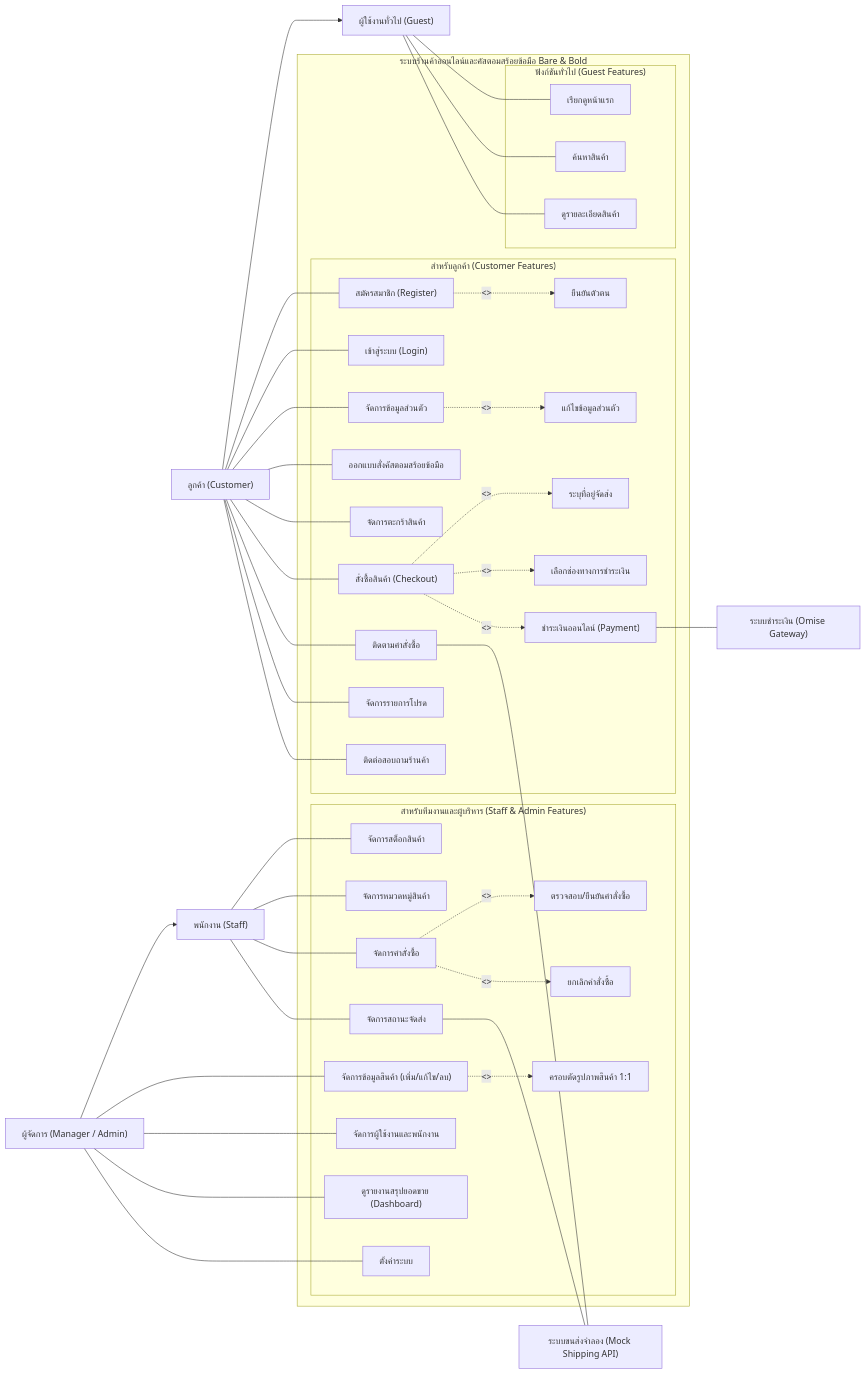
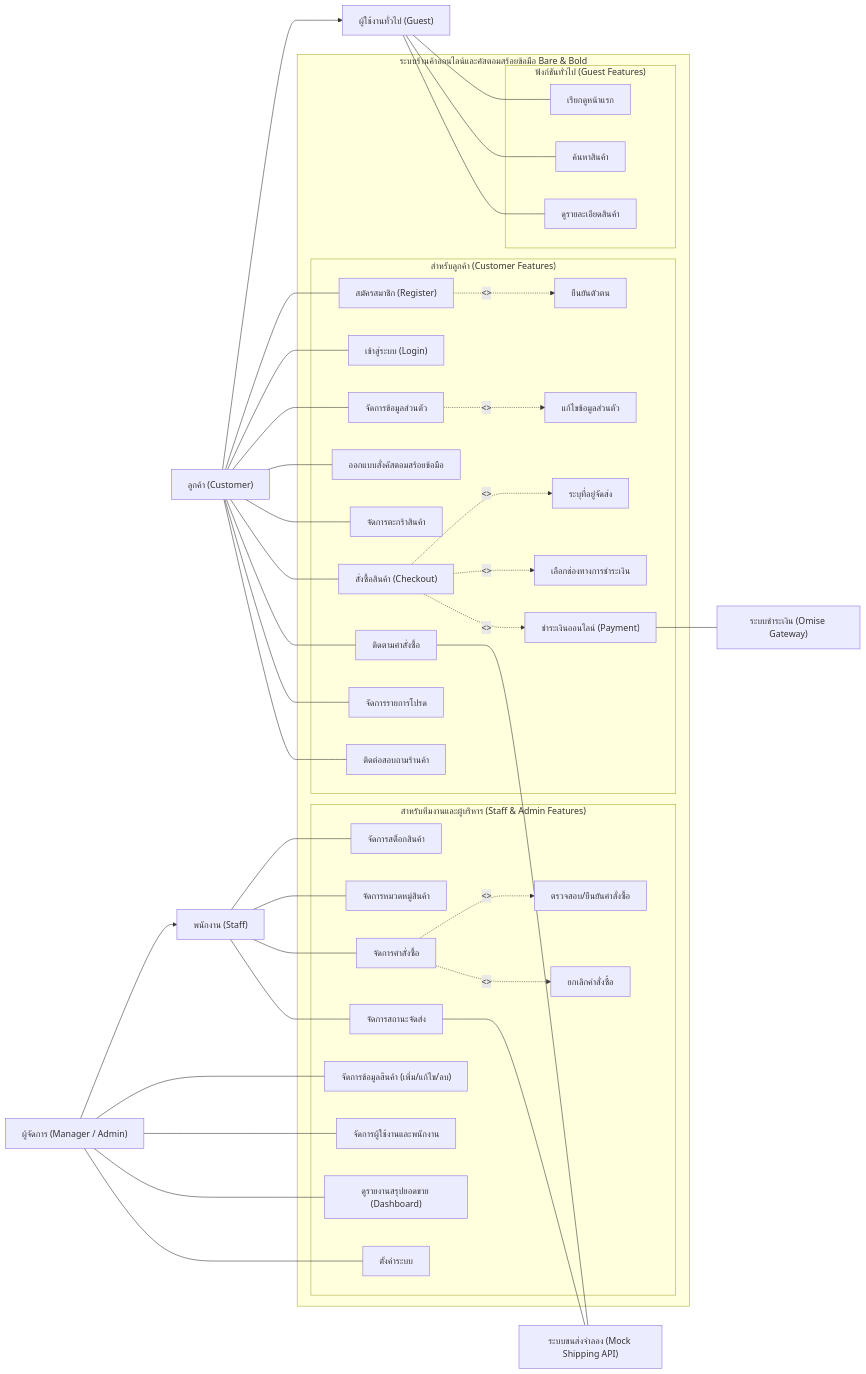
One commit to Hoyama1122/bareandbold_front changed the diagram in use_case_diagram.mmd. Above: the diagram before and after it, drawn with Mermaid. The commit also changed 1 other file, not shown here.

```diff
--- a/use_case_diagram.mmd
+++ b/use_case_diagram.mmd
@@ -1,108 +1,107 @@
 graph LR
     %% ==========================================
     %% 1. ACTORS DEFINITION (Rectangles)
     %% ==========================================
     Guest["ผู้ใช้งานทั่วไป (Guest)"]
     Customer["ลูกค้า (Customer)"]
     Staff["พนักงาน (Staff)"]
     Manager["ผู้จัดการ (Manager / Admin)"]
 
     %% Actor Relationships
     Customer --> Guest
     Manager --> Staff
 
     %% ==========================================
     %% 2. SYSTEM BOUNDARY & USE CASES (Rectangles)
     %% ==========================================
     subgraph SystemBoundary [" ระบบร้านค้าออนไลน์และคัสตอมสร้อยข้อมือ Bare & Bold "]
         
         %% Guest Area
         subgraph GuestUC ["ฟังก์ชันทั่วไป (Guest Features)"]
             UC_Browse["เรียกดูหน้าแรก"]
             UC_Search["ค้นหาสินค้า"]
             UC_ViewDetail["ดูรายละเอียดสินค้า"]
         end
 
         %% Customer Area
         subgraph CustomerUC ["สำหรับลูกค้า (Customer Features)"]
             UC_Register["สมัครสมาชิก (Register)"]
             UC_Verify["ยืนยันตัวตน"]
             UC_Login["เข้าสู่ระบบ (Login)"]
             UC_Profile["จัดการข้อมูลส่วนตัว"]
             UC_EditProfile["แก้ไขข้อมูลส่วนตัว"]
             UC_Custom["ออกแบบสั่งคัสตอมสร้อยข้อมือ"]
             UC_Cart["จัดการตะกร้าสินค้า"]
             UC_Checkout["สั่งซื้อสินค้า (Checkout)"]
             UC_Address["ระบุที่อยู่จัดส่ง"]
             UC_PayMethod["เลือกช่องทางการชำระเงิน"]
             UC_Payment["ชำระเงินออนไลน์ (Payment)"]
             UC_Track["ติดตามคำสั่งซื้อ"]
             UC_Wishlist["จัดการรายการโปรด"]
             UC_Contact["ติดต่อสอบถามร้านค้า"]
         end
 
         %% Staff & Admin Area
         subgraph StaffAdminUC ["สำหรับทีมงานและผู้บริหาร (Staff & Admin Features)"]
             UC_ManageStock["จัดการสต็อกสินค้า"]
             UC_ManageCategory["จัดการหมวดหมู่สินค้า"]
             UC_ManageOrder["จัดการคำสั่งซื้อ"]
             UC_ConfirmOrder["ตรวจสอบ/ยืนยันคำสั่งซื้อ"]
             UC_CancelOrder["ยกเลิกคำสั่งซื้อ"]
             UC_ManageShipping["จัดการสถานะจัดส่ง"]
             UC_ManageProduct["จัดการข้อมูลสินค้า (เพิ่ม/แก้ไข/ลบ)"]
-            UC_CropImage["ครอบตัดรูปภาพสินค้า 1:1"]
+           
             UC_ManageUsers["จัดการผู้ใช้งานและพนักงาน"]
             UC_Dashboard["ดูรายงานสรุปยอดขาย (Dashboard)"]
             UC_Settings["ตั้งค่าระบบ"]
         end
     end
 
     %% ==========================================
     %% 3. USE CASE RELATIONSHIPS (Includes)
     %% ==========================================
     UC_Register -.->|"<<include>>"| UC_Verify
     UC_Profile -.->|"<<include>>"| UC_EditProfile
     UC_Checkout -.->|"<<include>>"| UC_Address
     UC_Checkout -.->|"<<include>>"| UC_PayMethod
     UC_Checkout -.->|"<<include>>"| UC_Payment
     
-    UC_ManageProduct -.->|"<<include>>"| UC_CropImage
     UC_ManageOrder -.->|"<<include>>"| UC_ConfirmOrder
     UC_ManageOrder -.->|"<<include>>"| UC_CancelOrder
 
     %% ==========================================
     %% 4. ACTOR TO USE CASE CONNECTIONS
     %% ==========================================
     Guest --- UC_Browse
     Guest --- UC_Search
     Guest --- UC_ViewDetail
 
     Customer --- UC_Register
     Customer --- UC_Login
     Customer --- UC_Profile
     Customer --- UC_Custom
     Customer --- UC_Cart
     Customer --- UC_Checkout
     Customer --- UC_Track
     Customer --- UC_Wishlist
     Customer --- UC_Contact
 
     Staff --- UC_ManageStock
     Staff --- UC_ManageCategory
     Staff --- UC_ManageOrder
     Staff --- UC_ManageShipping
 
     Manager --- UC_ManageProduct
     Manager --- UC_ManageUsers
     Manager --- UC_Dashboard
     Manager --- UC_Settings
 
     %% ==========================================
     %% 5. EXTERNAL SYSTEMS (Secondary Actors)
     %% ==========================================
     Omise["ระบบชำระเงิน (Omise Gateway)"]
     ShippingAPI["ระบบขนส่งจำลอง (Mock Shipping API)"]
 
     UC_Payment --- Omise
     UC_Track --- ShippingAPI
     UC_ManageShipping --- ShippingAPI
```
